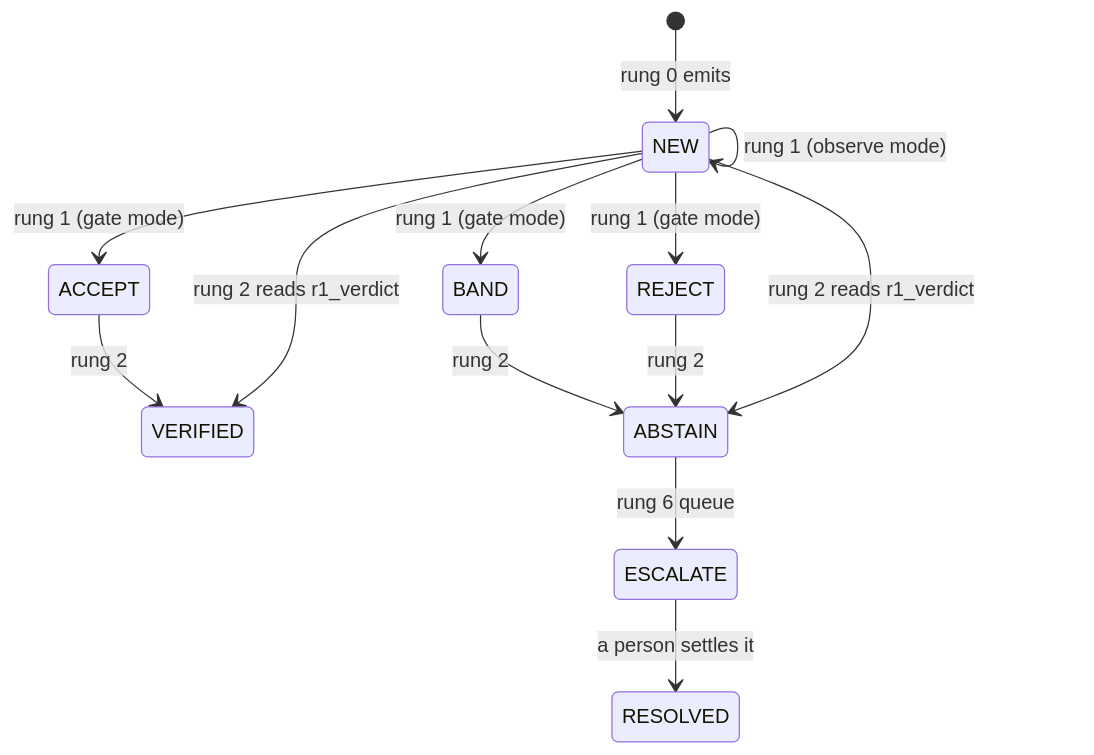
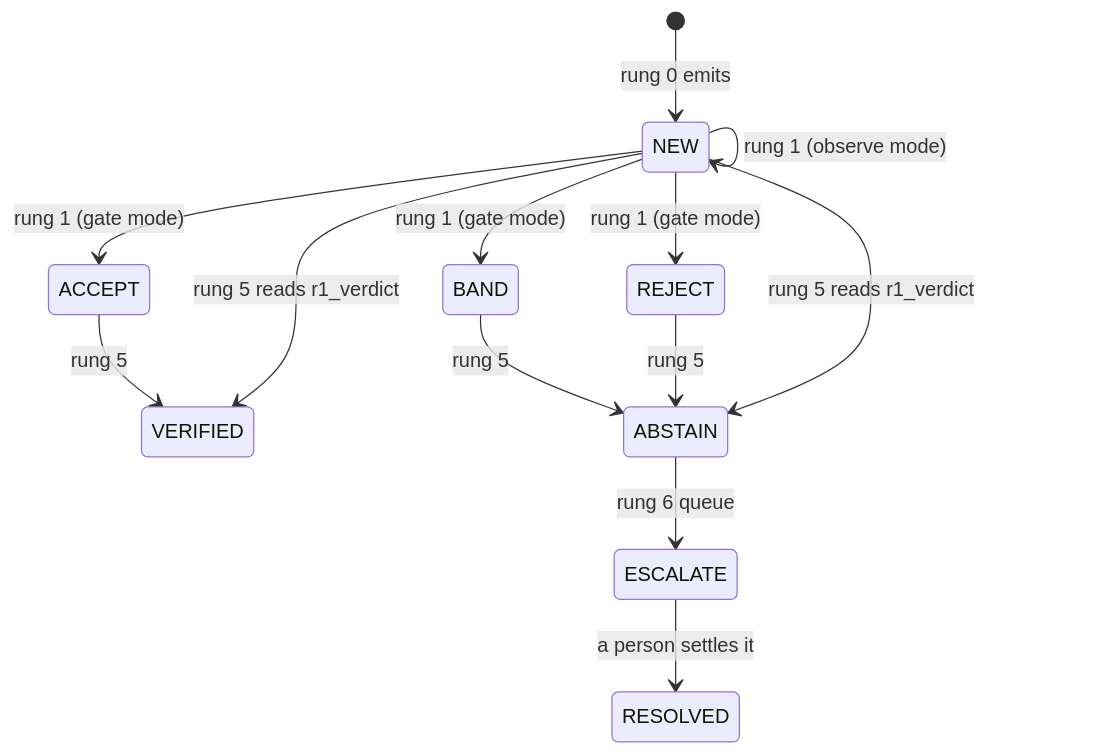
One commit to wbagais/reliability-ladder changed the diagram in docs/wiki/content/record.md. Above: the diagram before and after it, drawn with Mermaid. The commit also changed other lines of this file and 30 other files, not shown here.

````diff
--- a/docs/wiki/content/record.md
+++ b/docs/wiki/content/record.md
@@ -31,15 +31,15 @@
 ```mermaid
 stateDiagram-v2
     [*] --> NEW: rung 0 emits
     NEW --> ACCEPT: rung 1 (gate mode)
     NEW --> BAND: rung 1 (gate mode)
     NEW --> REJECT: rung 1 (gate mode)
     NEW --> NEW: rung 1 (observe mode)
-    ACCEPT --> VERIFIED: rung 2
-    BAND --> ABSTAIN: rung 2
-    REJECT --> ABSTAIN: rung 2
-    NEW --> VERIFIED: rung 2 reads r1_verdict
-    NEW --> ABSTAIN: rung 2 reads r1_verdict
+    ACCEPT --> VERIFIED: rung 5
+    BAND --> ABSTAIN: rung 5
+    REJECT --> ABSTAIN: rung 5
+    NEW --> VERIFIED: rung 5 reads r1_verdict
+    NEW --> ABSTAIN: rung 5 reads r1_verdict
     ABSTAIN --> ESCALATE: rung 6 queue
     ESCALATE --> RESOLVED: a person settles it
 ```
````
